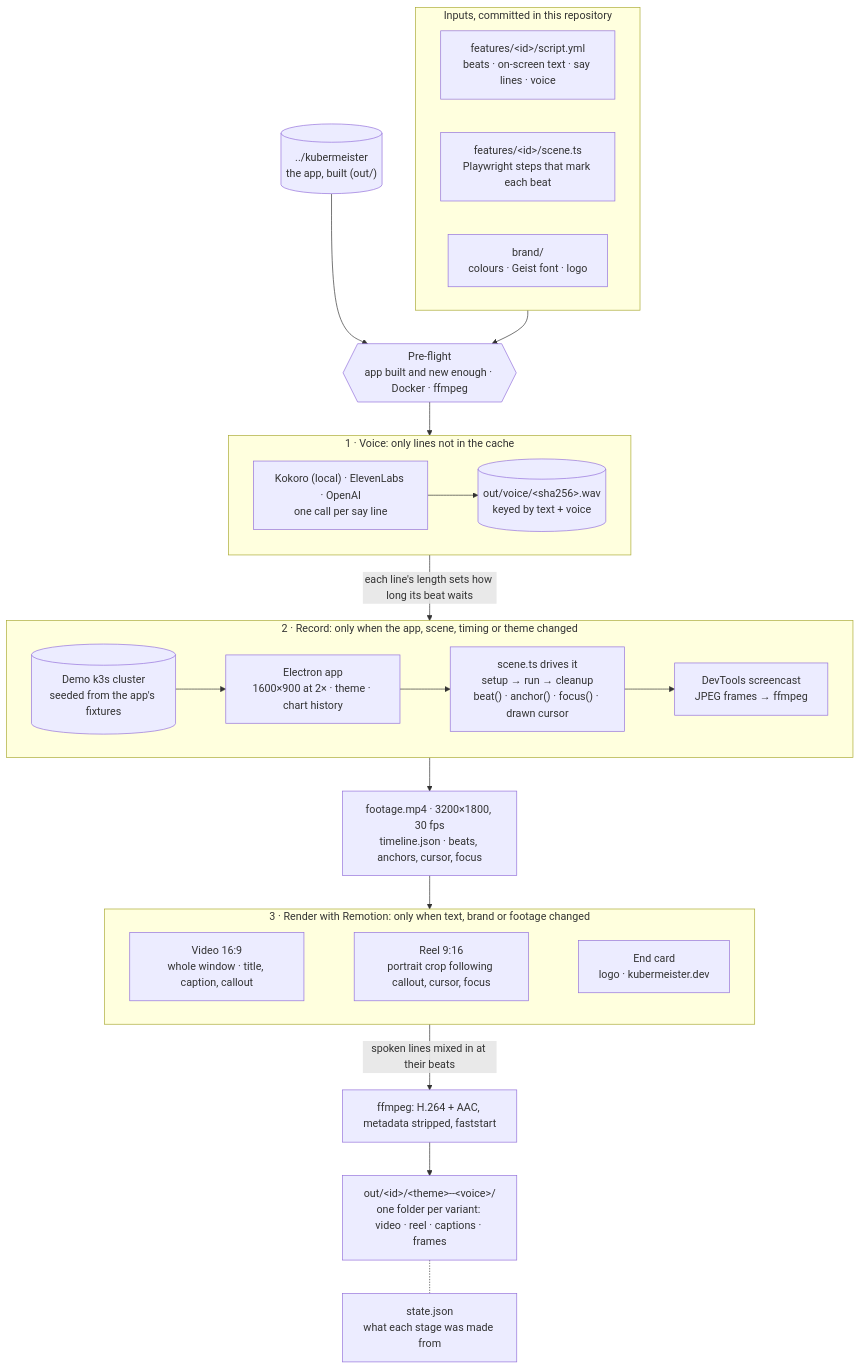
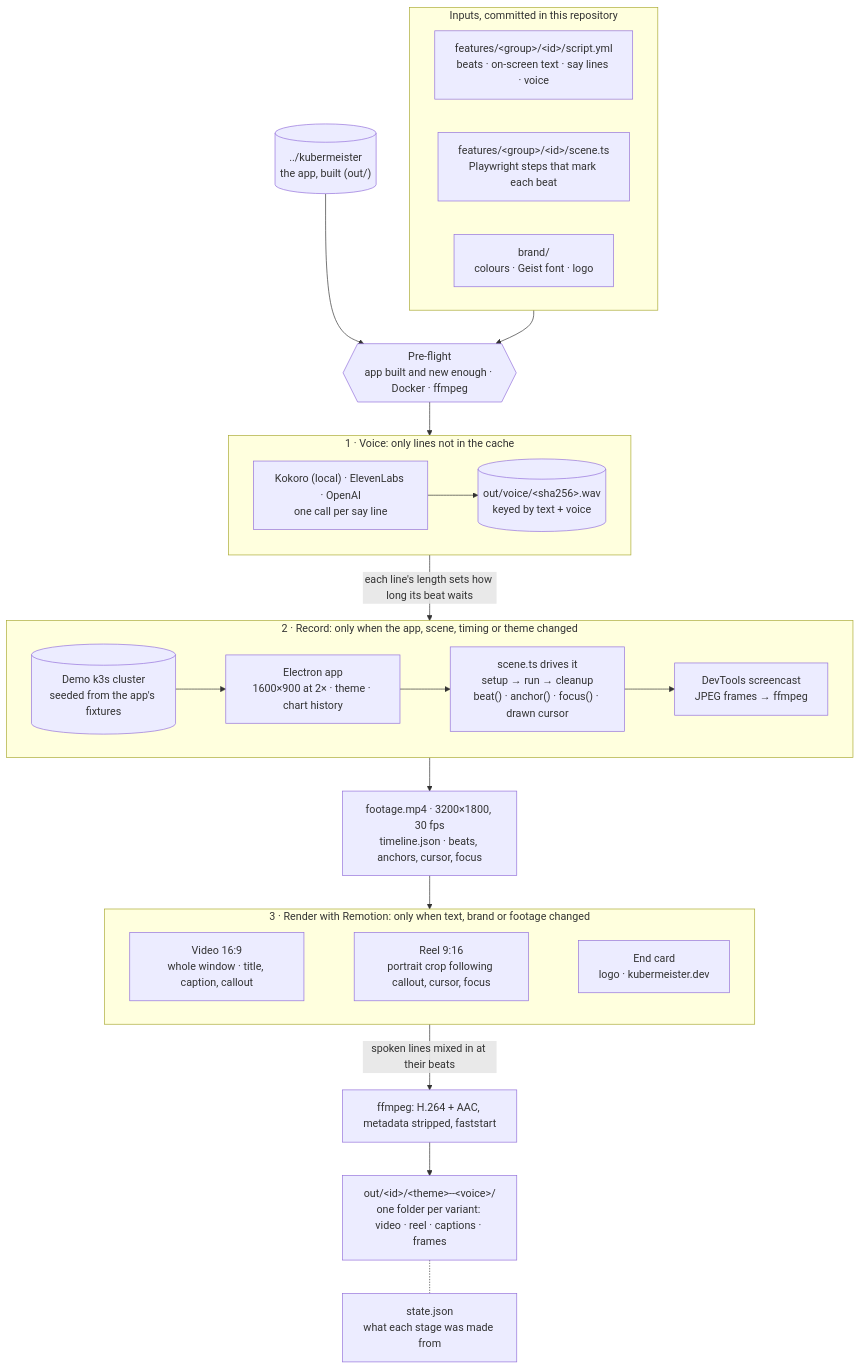
The diagram in README.md (kubermeister/screencasts), drawn with Mermaid before and after one commit. The commit also changed other lines of this file and 197 other files, not shown here.

First line of the commit message:
refactor(features): group the videos by what a viewer looks for

````diff
--- a/README.md
+++ b/README.md
@@ -15,43 +15,43 @@
 ```mermaid
 flowchart TB
     subgraph inputs["Inputs, committed in this repository"]
         direction LR
-        script["features/&lt;id&gt;/script.yml<br/>beats · on-screen text · say lines · voice"]
-        scene["features/&lt;id&gt;/scene.ts<br/>Playwright steps that mark each beat"]
+        script["features/&lt;group&gt;/&lt;id&gt;/script.yml<br/>beats · on-screen text · say lines · voice"]
+        scene["features/&lt;group&gt;/&lt;id&gt;/scene.ts<br/>Playwright steps that mark each beat"]
         brand["brand/<br/>colours · Geist font · logo"]
     end
     app[("../kubermeister<br/>the app, built (out/)")]
 
     inputs --> preflight
     app --> preflight
     preflight{{"Pre-flight<br/>app built and new enough · Docker · ffmpeg"}}
 
     preflight --> voice
     subgraph voice["1 · Voice: only lines not in the cache"]
         direction LR
         tts["Kokoro (local) · ElevenLabs · OpenAI<br/>one call per say line"] --> vcache[("out/voice/&lt;sha256&gt;.wav<br/>keyed by text + voice")]
     end
 
     voice -- "each line's length sets how long its beat waits" --> record
     subgraph record["2 · Record: only when the app, scene, timing or theme changed"]
         direction LR
         cluster[("Demo k3s cluster<br/>seeded from the app's fixtures")] --> electron["Electron app<br/>1600×900 at 2× · theme · chart history"]
         electron --> run["scene.ts drives it<br/>setup → run → cleanup<br/>beat() · anchor() · focus() · drawn cursor"]
         run --> cdp["DevTools screencast<br/>JPEG frames → ffmpeg"]
     end
 
     record --> footage["footage.mp4 · 3200×1800, 30 fps<br/>timeline.json · beats, anchors, cursor, focus"]
 
     footage --> render
     subgraph render["3 · Render with Remotion: only when text, brand or footage changed"]
         direction LR
         video16["Video 16:9<br/>whole window · title, caption, callout"]
         reel916["Reel 9:16<br/>portrait crop following callout, cursor, focus"]
         endcard["End card<br/>logo · kubermeister.dev"]
         video16 ~~~ reel916 ~~~ endcard
     end
 
     render -- "spoken lines mixed in at their beats" --> finalize["ffmpeg: H.264 + AAC, metadata stripped, faststart"]
     finalize --> outputs["out/&lt;id&gt;/&lt;theme&gt;--&lt;voice&gt;/<br/>one folder per variant: video · reel · captions · frames"]
     outputs -.- state["state.json<br/>what each stage was made from"]
 ```
````
